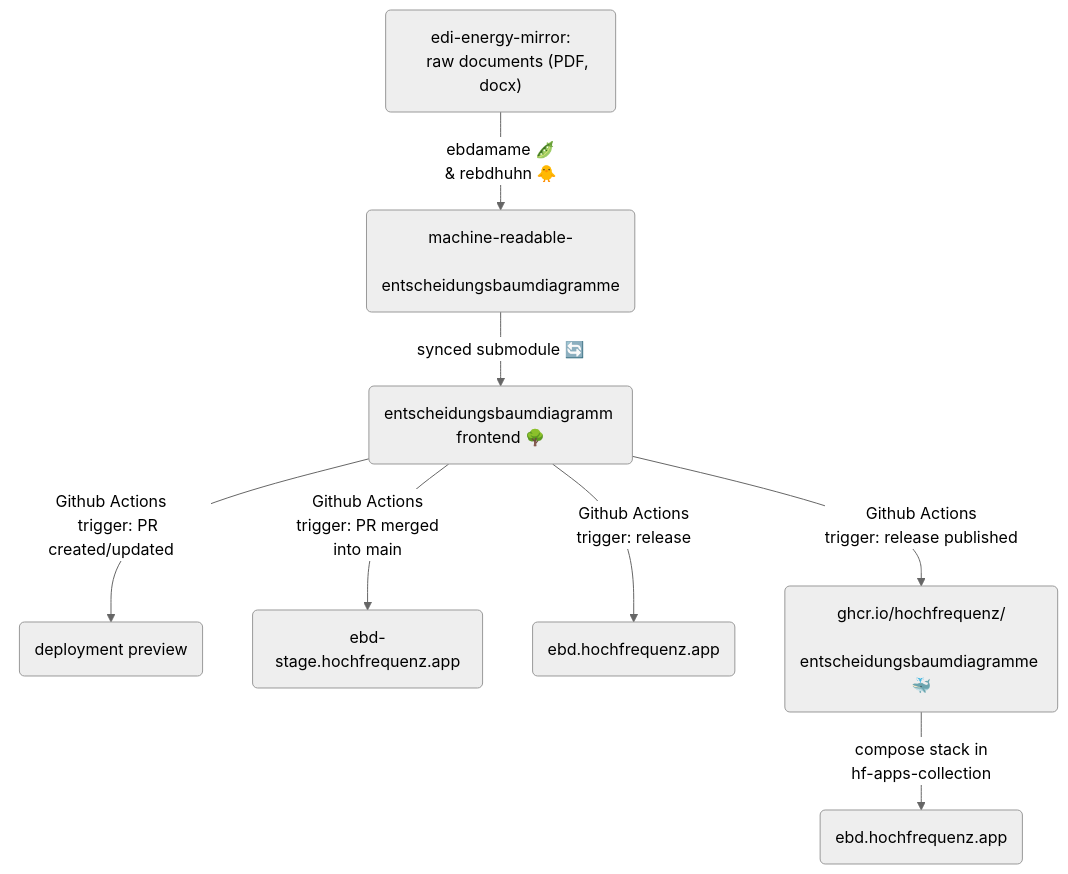
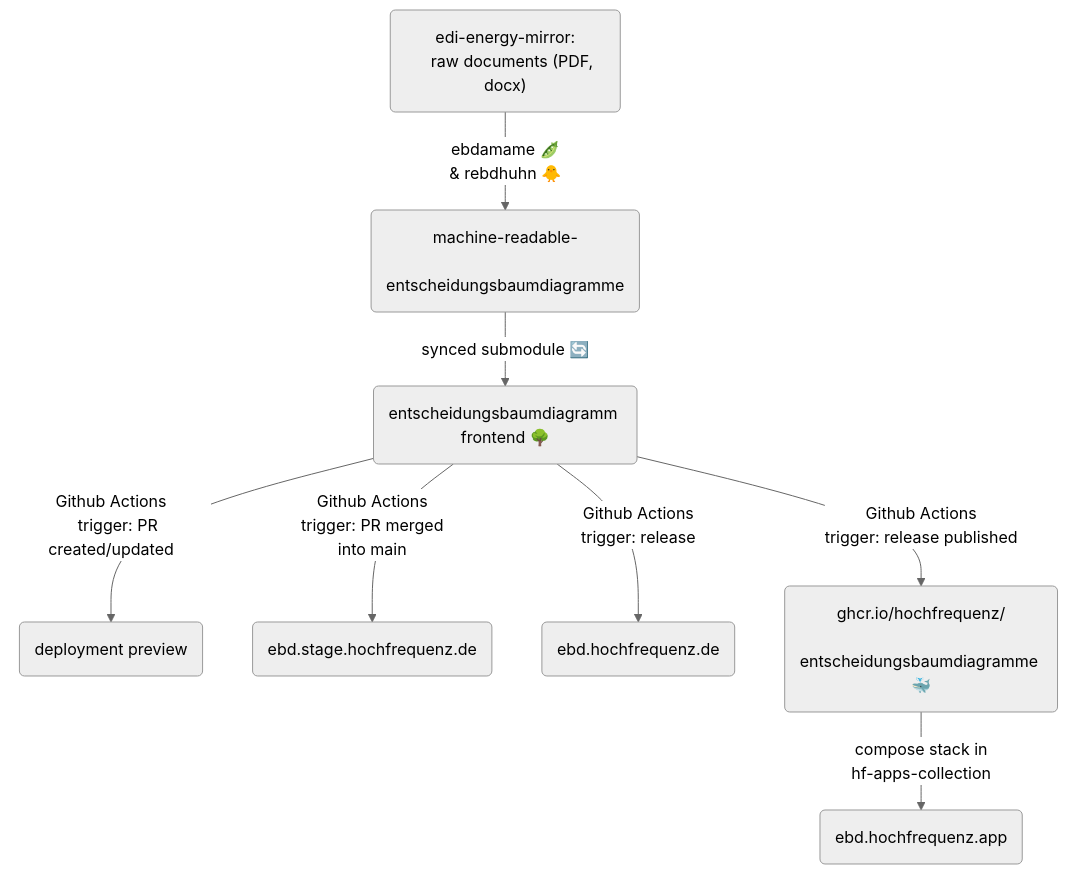
Before and after one commit to Hochfrequenz/entscheidungsbaumdiagramme: the diagram in README.md, drawn with Mermaid (neutral theme).

Commit message:
docs: keep the Azure deployment nodes on .hochfrequenz.de

````diff
--- a/README.md
+++ b/README.md
@@ -51,20 +51,20 @@
 ```mermaid
 flowchart TD
     A("edi-energy-mirror:
     raw documents (PDF, docx)") -->|ebdamame 🫛
     & rebdhuhn 🐥| B("machine-readable-
     entscheidungsbaumdiagramme")
     B -->|synced submodule 🔄| C("entscheidungsbaumdiagramm frontend 🌳")
     C -->|Github Actions
     trigger: PR created/updated| D("deployment preview")
     C -->|Github Actions
     trigger: PR merged
-    into main| E("ebd-stage.hochfrequenz.app")
+    into main| E("ebd.stage.hochfrequenz.de")
     C -->|Github Actions
-    trigger: release| F("ebd.hochfrequenz.app")
+    trigger: release| F("ebd.hochfrequenz.de")
     C -->|Github Actions
     trigger: release published| G("ghcr.io/hochfrequenz/
     entscheidungsbaumdiagramme 🐳")
     G -->|compose stack in
     hf-apps-collection| H("ebd.hochfrequenz.app")
 ```
````
